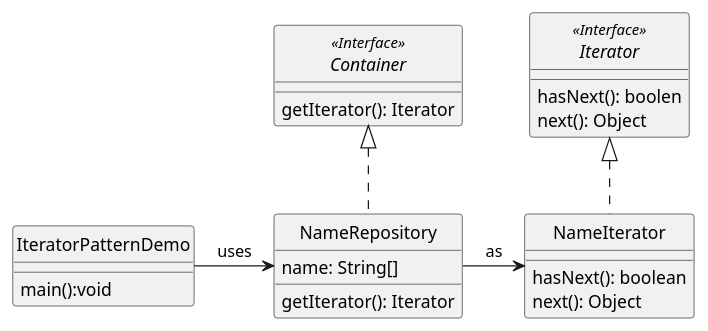
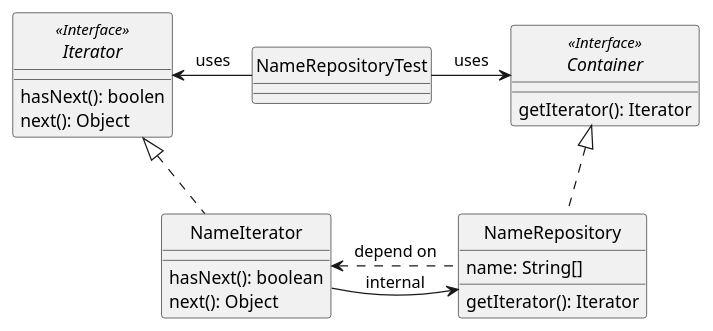
Before and after one commit to yvanross/LOG121-GOF-exemples: the first of 2 diagrams in src/main/java/Iterateur/Name/README.puml, drawn with PlantUML. The commit also changed other lines of this file and 2 other files, not shown here.

Commit message:
Patron Iterateur - Name - Diagramme de classes et de séquence

```diff
--- a/src/main/java/Iterateur/Name/README.puml
+++ b/src/main/java/Iterateur/Name/README.puml
@@ -1,26 +1,27 @@
 @startuml Diagramme de classe
 skinparam style strictuml
 interface Container <<Interface>> {
   getIterator(): Iterator
 }
 interface Iterator <<Interface>> {
   hasNext(): boolen
   next(): Object
 }
 class NameRepository{
   name: String[]
   getIterator(): Iterator
 }
 class NameIterator{
   hasNext(): boolean
   next(): Object
 }
-class IteratorPatternDemo{
-  main():void
+class NameRepositoryTest{
 }
 class NameRepository implements Container 
 class NameIterator implements Iterator  
-IteratorPatternDemo -> NameRepository : uses
-NameRepository -> NameIterator : as
 
+NameRepository .left-> NameIterator : depend on
+NameRepository <-left- NameIterator : internal
+NameRepositoryTest -left-> Iterator : uses
+Container <-left- NameRepositoryTest : uses
 @enduml
```
